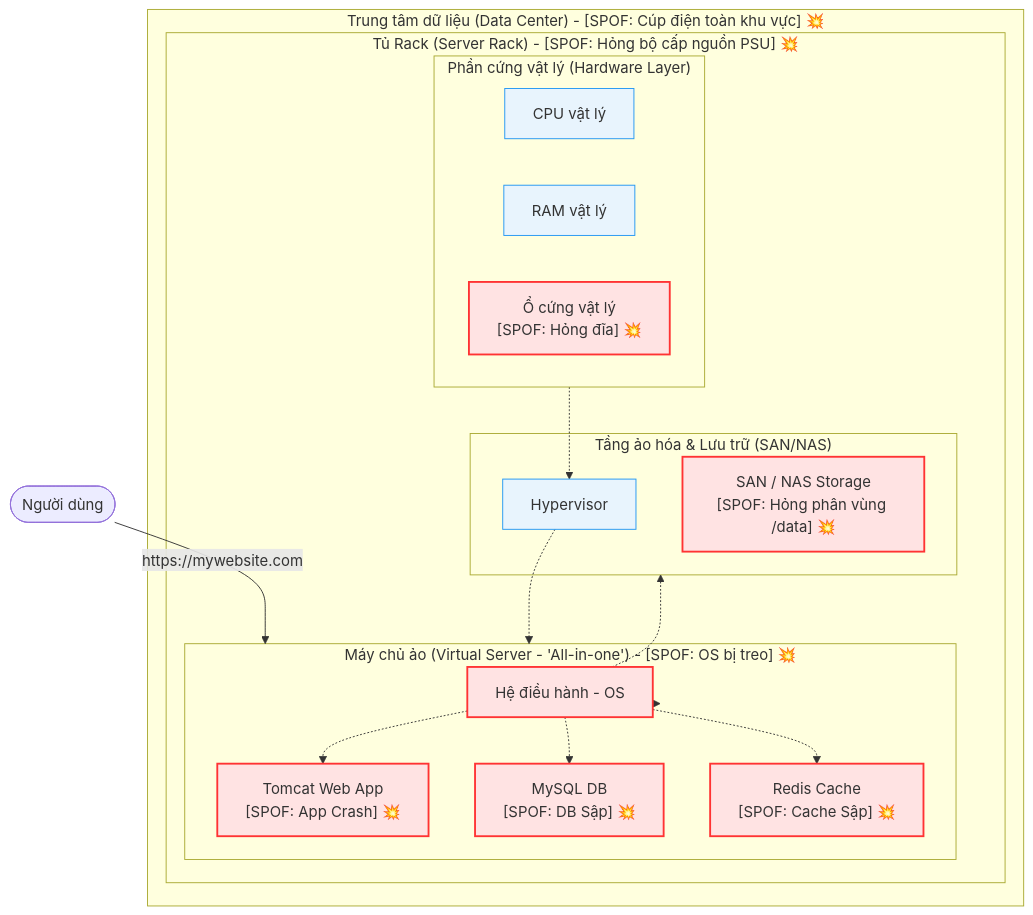
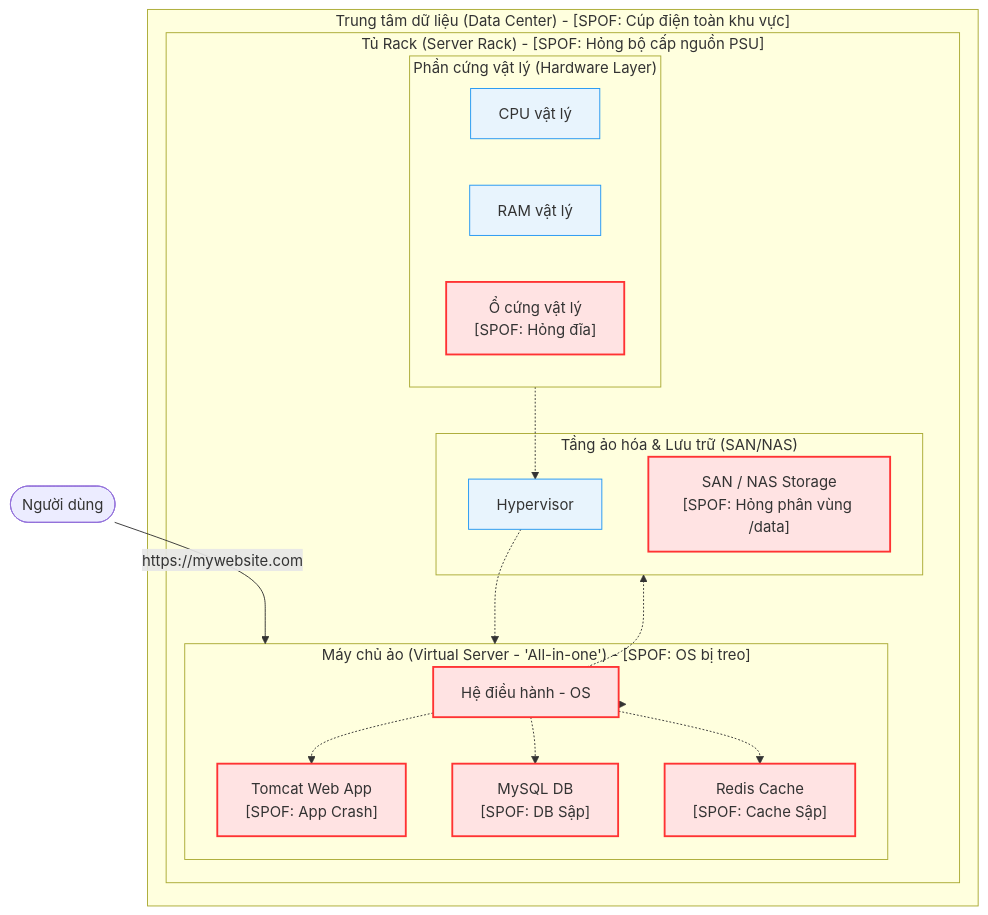
The first of 2 diagrams in cloud/aws/services/4. ELB & Auto Scaling/1. Amazon ELB.md (L1nkinPark/devops-ci-cd-templates), drawn with Mermaid before and after one commit. The commit also changed other lines of this file and 27 other files, not shown here.

````diff
--- a/cloud/aws/services/4. ELB & Auto Scaling/1. Amazon ELB.md
+++ b/cloud/aws/services/4. ELB & Auto Scaling/1. Amazon ELB.md
@@ -63,38 +63,38 @@
 ```mermaid
 graph TD
     classDef fail fill:#ffe3e3,stroke:#ff3333,stroke-width:2px;
     classDef normal fill:#e8f4fd,stroke:#2196f3,stroke-width:1px;
     classDef spofTitle fill:#ffeaa7,stroke:#fdcb6e,stroke-width:2px;
 
     User([Người dùng]) -->|https://mywebsite.com| VM
 
-    subgraph DC ["Trung tâm dữ liệu (Data Center) - [SPOF: Cúp điện toàn khu vực] 💥"]
-        subgraph Rack ["Tủ Rack (Server Rack) - [SPOF: Hỏng bộ cấp nguồn PSU] 💥"]
+    subgraph DC ["Trung tâm dữ liệu (Data Center) - [SPOF: Cúp điện toàn khu vực] "]
+        subgraph Rack ["Tủ Rack (Server Rack) - [SPOF: Hỏng bộ cấp nguồn PSU] "]
             subgraph HW ["Phần cứng vật lý (Hardware Layer)"]
                 CPU[CPU vật lý]:::normal
                 RAM[RAM vật lý]:::normal
-                HDD["Ổ cứng vật lý<br>[SPOF: Hỏng đĩa] 💥"]:::fail
+                HDD["Ổ cứng vật lý<br>[SPOF: Hỏng đĩa] "]:::fail
             end
             
             subgraph Storage ["Tầng ảo hóa & Lưu trữ (SAN/NAS)"]
                 Hyper[Hypervisor]:::normal
-                SAN["SAN / NAS Storage<br>[SPOF: Hỏng phân vùng /data] 💥"]:::fail
+                SAN["SAN / NAS Storage<br>[SPOF: Hỏng phân vùng /data] "]:::fail
             end
             
-            subgraph VM ["Máy chủ ảo (Virtual Server - 'All-in-one') - [SPOF: OS bị treo] 💥"]
+            subgraph VM ["Máy chủ ảo (Virtual Server - 'All-in-one') - [SPOF: OS bị treo] "]
                 OS[Hệ điều hành - OS]:::fail
-                Tomcat["Tomcat Web App<br>[SPOF: App Crash] 💥"]:::fail
-                DB["MySQL DB<br>[SPOF: DB Sập] 💥"]:::fail
-                Redis["Redis Cache<br>[SPOF: Cache Sập] 💥"]:::fail
+                Tomcat["Tomcat Web App<br>[SPOF: App Crash] "]:::fail
+                DB["MySQL DB<br>[SPOF: DB Sập] "]:::fail
+                Redis["Redis Cache<br>[SPOF: Cache Sập] "]:::fail
             end
         end
     end
 
     VM -.-> OS
     OS -.-> Tomcat
     OS -.-> DB
     OS -.-> Redis
     OS -.-> Storage
     Hyper -.-> VM
     HW -.-> Hyper
 ```
````
